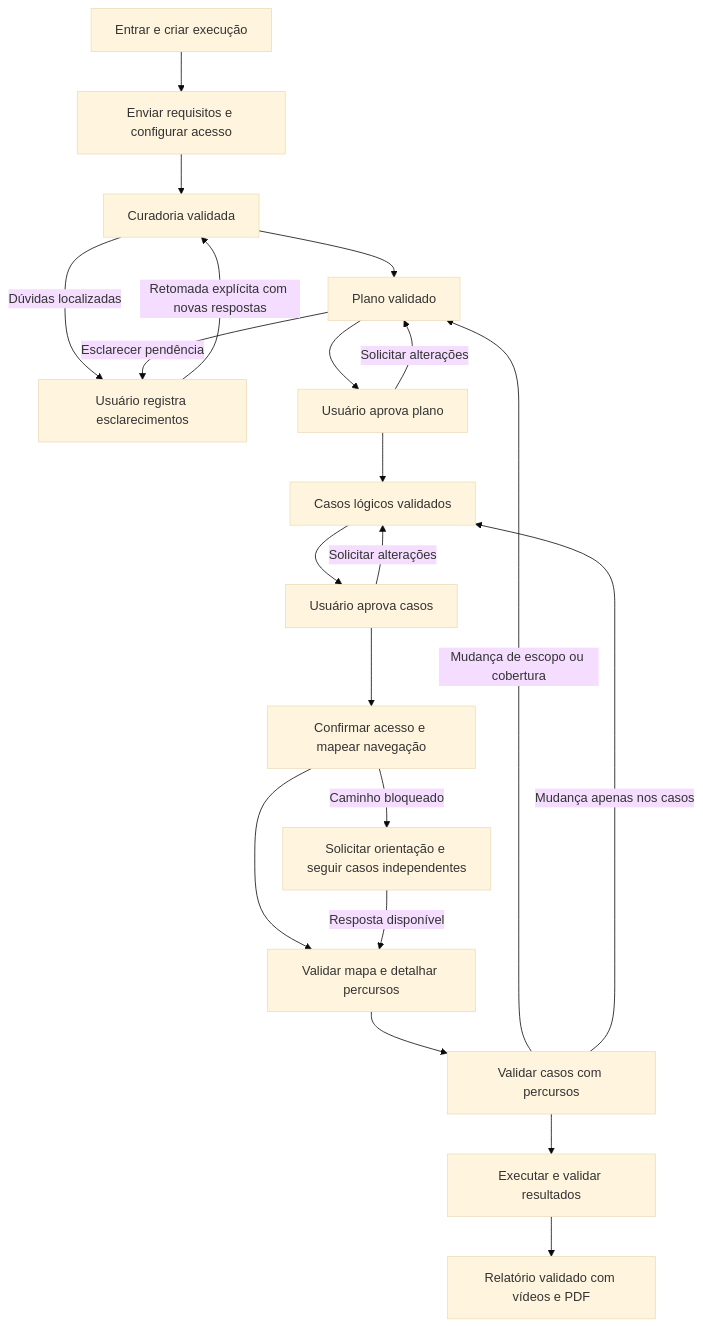
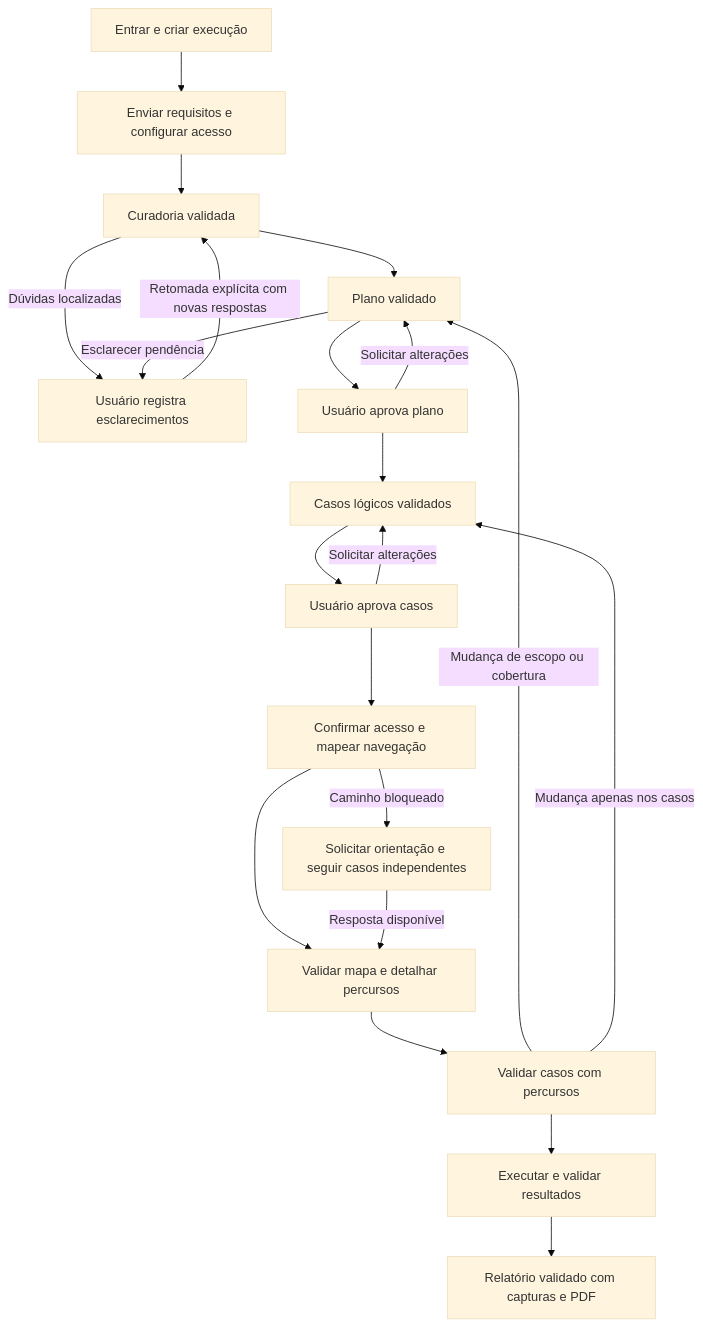
Before and after one commit to mh131105/akcit-qa-agent: the diagram in docs/requisitos/PROTOTIPO.md, drawn with Mermaid (base theme). The commit also changed other lines of this file and 26 other files, not shown here.

````diff
--- a/docs/requisitos/PROTOTIPO.md
+++ b/docs/requisitos/PROTOTIPO.md
@@ -79,23 +106,23 @@
 ```mermaid
 flowchart TD
     A[Entrar e criar execução] --> B[Enviar requisitos e configurar acesso]
     B --> C[Curadoria validada]
     C --> D[Plano validado]
     C -->|Dúvidas localizadas| R[Usuário registra esclarecimentos]
     D -->|Esclarecer pendência| R
     R -->|Retomada explícita com novas respostas| C
     D --> E[Usuário aprova plano]
     E --> F[Casos lógicos validados]
     F --> G[Usuário aprova casos]
     G --> H[Confirmar acesso e mapear navegação]
     H --> I[Validar mapa e detalhar percursos]
     I --> J[Validar casos com percursos]
     J --> K[Executar e validar resultados]
-    K --> L[Relatório validado com vídeos e PDF]
+    K --> L[Relatório validado com capturas e PDF]
     E -->|Solicitar alterações| D
     G -->|Solicitar alterações| F
     J -->|Mudança de escopo ou cobertura| D
     J -->|Mudança apenas nos casos| F
     H -->|Caminho bloqueado| Q[Solicitar orientação e seguir casos independentes]
     Q -->|Resposta disponível| I
 ```
````
